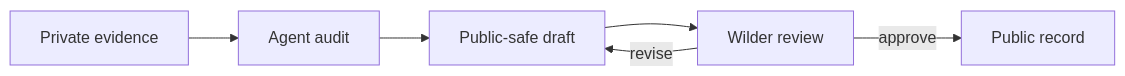
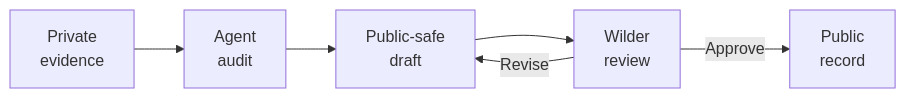
Before and after one commit to wilderruiz/millenova-project: the second of 2 diagrams in README.md, drawn with Mermaid. The commit also changed other lines of this file, not shown here.

Commit message:
docs: apply shared Mermaid graph guide to README

````diff
--- a/README.md
+++ b/README.md
@@ -68,8 +60,8 @@
 ```mermaid
 flowchart LR
-    EVIDENCE[Private evidence] --> AUDIT[Agent audit]
-    AUDIT --> DRAFT[Public-safe draft]
-    DRAFT --> REVIEW[Wilder review]
-    REVIEW -->|revise| DRAFT
-    REVIEW -->|approve| PUBLIC[Public record]
+    EVIDENCE["Private<br/>evidence"] --> AUDIT["Agent<br/>audit"]
+    AUDIT --> DRAFT["Public-safe<br/>draft"]
+    DRAFT --> REVIEW["Wilder<br/>review"]
+    REVIEW -->|Revise| DRAFT
+    REVIEW -->|Approve| PUBLIC["Public<br/>record"]
 ```
````
